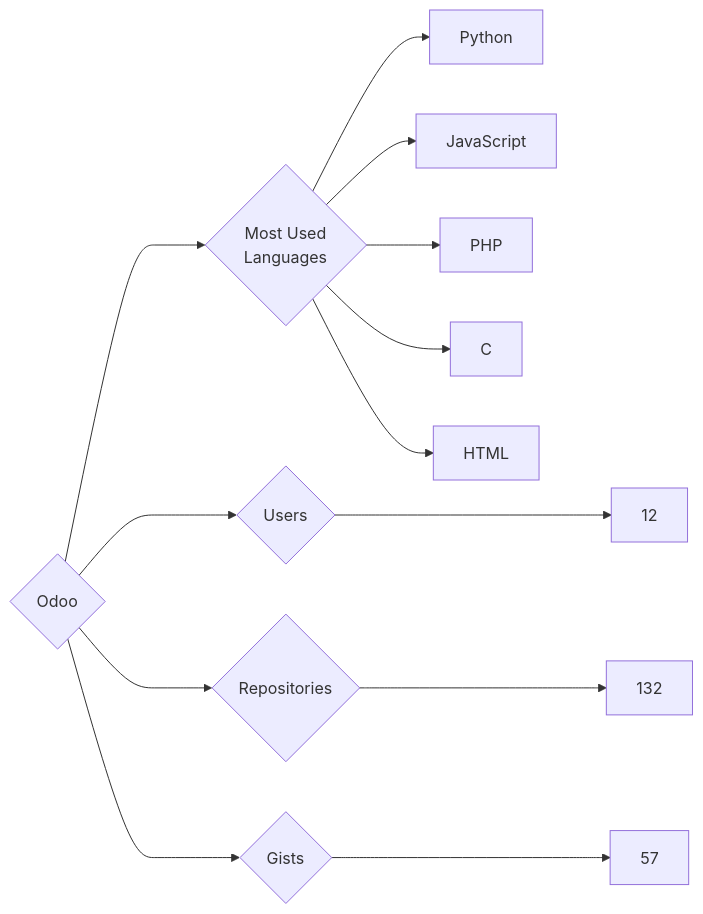
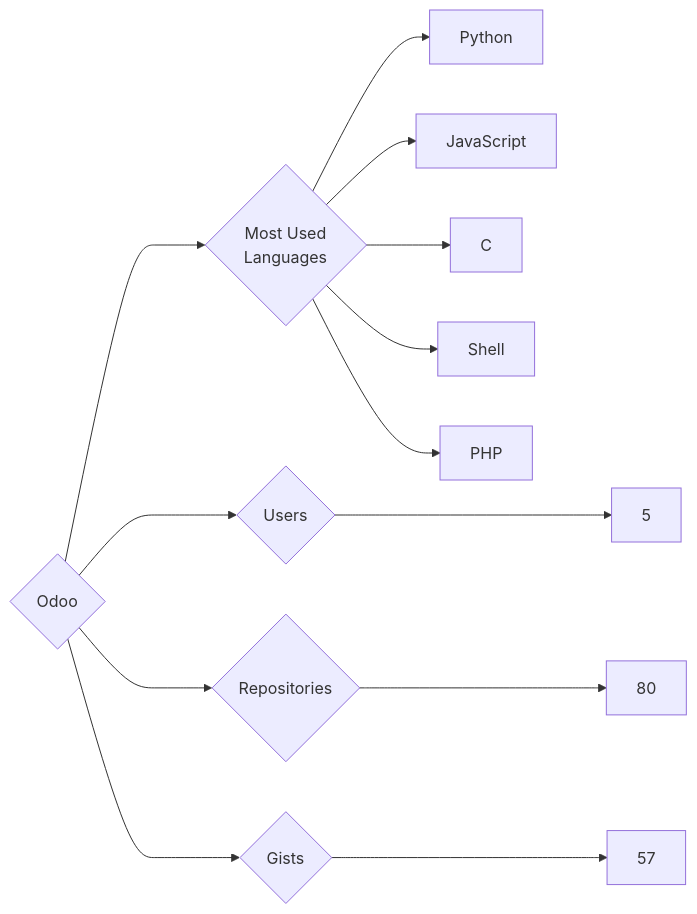
Before and after one commit to trickest/insiders: the diagram in targets/Odoo/README.md, drawn with Mermaid. The commit also changed 877 other files, not shown here.

````diff
--- a/targets/Odoo/README.md
+++ b/targets/Odoo/README.md
@@ -3,13 +3,13 @@
 ```mermaid
 graph LR
 COMPANY_NAME{Odoo}
-COMPANY_NAME ---> U{Users} ---> UN[12]
-COMPANY_NAME ---> R{Repositories} ---> RN[132]
+COMPANY_NAME ---> U{Users} ---> UN[5]
+COMPANY_NAME ---> R{Repositories} ---> RN[80]
 COMPANY_NAME ---> G{Gists} ---> GN[57]
 COMPANY_NAME ---> ML{Most Used<br>Languages}
 ML --> Python[Python]
 ML --> JavaScript[JavaScript]
+ML --> C[C]
+ML --> Shell[Shell]
 ML --> PHP[PHP]
-ML --> C[C]
-ML --> HTML[HTML]
 ```
````
